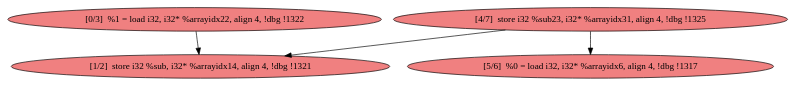
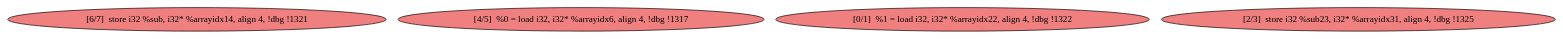
Before and after one commit to harel-coffee/PParMetrics-auto: the diagram in playground/dot/debug/mdg/main.depth_1.loop_0.mdg.dfs.dot.dot, drawn with Graphviz. The commit also changed 901 other files, not shown here.

```diff
--- a/playground/dot/debug/mdg/main.depth_1.loop_0.mdg.dfs.dot.dot
+++ b/playground/dot/debug/mdg/main.depth_1.loop_0.mdg.dfs.dot.dot
@@ -1,15 +1,12 @@
 
 digraph G {
 
 
-node27 [fillcolor=lightcoral,label="[1/2]  store i32 %sub, i32* %arrayidx14, align 4, !dbg !1321",shape=ellipse,style=filled ]
-node26 [fillcolor=lightcoral,label="[5/6]  %0 = load i32, i32* %arrayidx6, align 4, !dbg !1317",shape=ellipse,style=filled ]
-node24 [fillcolor=lightcoral,label="[0/3]  %1 = load i32, i32* %arrayidx22, align 4, !dbg !1322",shape=ellipse,style=filled ]
-node25 [fillcolor=lightcoral,label="[4/7]  store i32 %sub23, i32* %arrayidx31, align 4, !dbg !1325",shape=ellipse,style=filled ]
+node27 [fillcolor=lightcoral,label="[6/7]  store i32 %sub, i32* %arrayidx14, align 4, !dbg !1321",shape=ellipse,style=filled ]
+node26 [fillcolor=lightcoral,label="[4/5]  %0 = load i32, i32* %arrayidx6, align 4, !dbg !1317",shape=ellipse,style=filled ]
+node24 [fillcolor=lightcoral,label="[0/1]  %1 = load i32, i32* %arrayidx22, align 4, !dbg !1322",shape=ellipse,style=filled ]
+node25 [fillcolor=lightcoral,label="[2/3]  store i32 %sub23, i32* %arrayidx31, align 4, !dbg !1325",shape=ellipse,style=filled ]
 
-node25->node26 [ ]
-node25->node27 [ ]
-node24->node27 [ ]
 
 
 }
```
